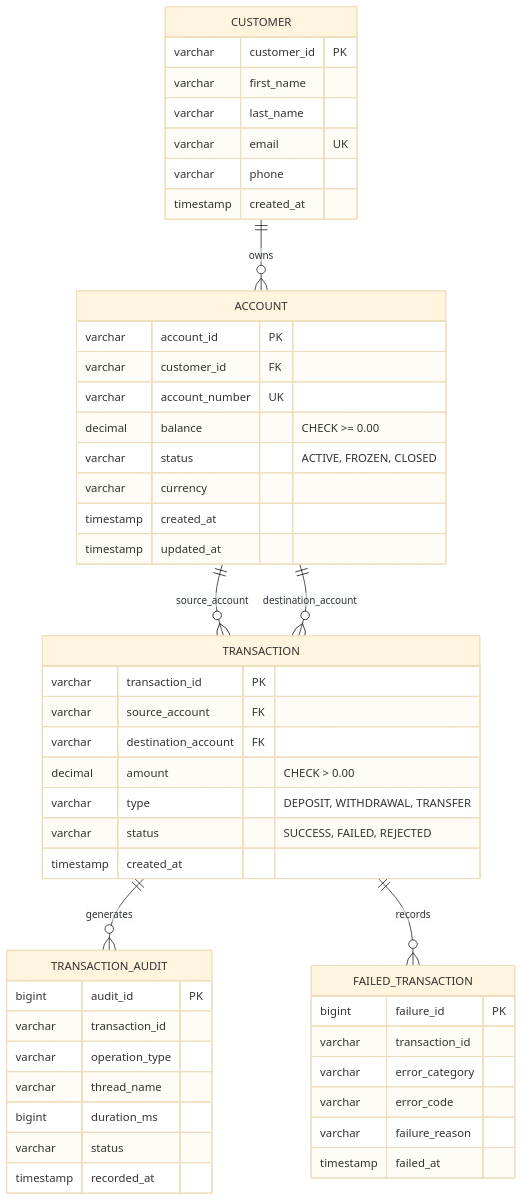
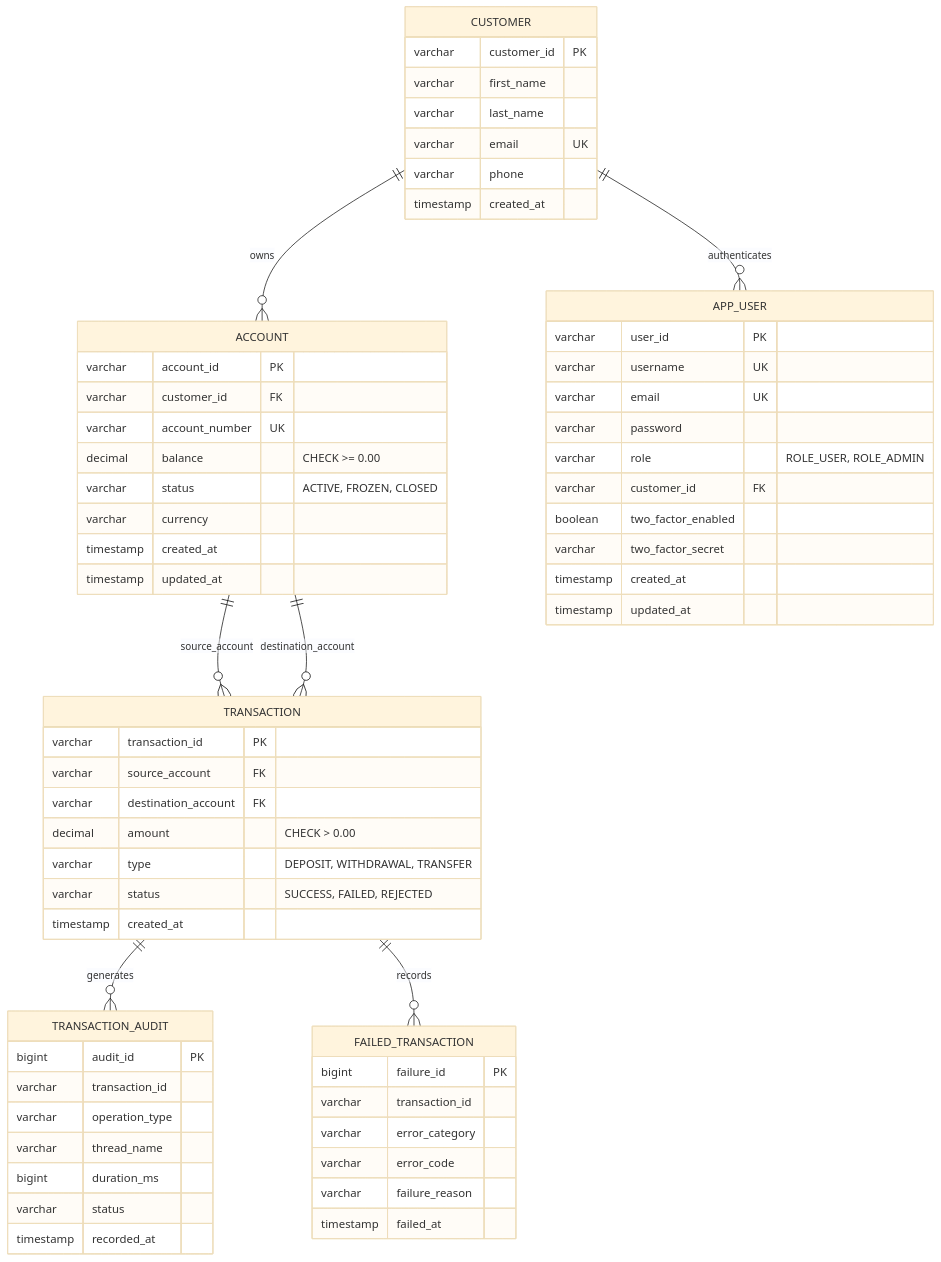
One commit to bajpayee001/Banking-Software changed the second of 2 diagrams in README.md. Above: the diagram before and after it, drawn with Mermaid (base theme). The commit also changed other lines of this file and 1 other file, not shown here.

Commit message:
docs: update master plan and readme with phase 1 completion and user groundwork

````diff
--- a/README.md
+++ b/README.md
@@ -27,57 +27,71 @@
 ```mermaid
 erDiagram
     CUSTOMER ||--o{ ACCOUNT : "owns"
+    CUSTOMER ||--o{ APP_USER : "authenticates"
     ACCOUNT ||--o{ TRANSACTION : "source_account"
     ACCOUNT ||--o{ TRANSACTION : "destination_account"
     TRANSACTION ||--o{ TRANSACTION_AUDIT : "generates"
     TRANSACTION ||--o{ FAILED_TRANSACTION : "records"
 
     CUSTOMER {
         varchar customer_id PK
         varchar first_name
         varchar last_name
         varchar email UK
         varchar phone
         timestamp created_at
+    }
+
+    APP_USER {
+        varchar user_id PK
+        varchar username UK
+        varchar email UK
+        varchar password
+        varchar role "ROLE_USER, ROLE_ADMIN"
+        varchar customer_id FK
+        boolean two_factor_enabled
+        varchar two_factor_secret
+        timestamp created_at
+        timestamp updated_at
     }
 
     ACCOUNT {
         varchar account_id PK
         varchar customer_id FK
         varchar account_number UK
         decimal balance "CHECK >= 0.00"
         varchar status "ACTIVE, FROZEN, CLOSED"
         varchar currency
         timestamp created_at
         timestamp updated_at
     }
 
     TRANSACTION {
         varchar transaction_id PK
         varchar source_account FK
         varchar destination_account FK
         decimal amount "CHECK > 0.00"
         varchar type "DEPOSIT, WITHDRAWAL, TRANSFER"
         varchar status "SUCCESS, FAILED, REJECTED"
         timestamp created_at
     }
 
     TRANSACTION_AUDIT {
         bigint audit_id PK
         varchar transaction_id
         varchar operation_type
         varchar thread_name
         bigint duration_ms
         varchar status
         timestamp recorded_at
     }
 
     FAILED_TRANSACTION {
         bigint failure_id PK
         varchar transaction_id
         varchar error_category
         varchar error_code
         varchar failure_reason
         timestamp failed_at
     }
 ```
````
